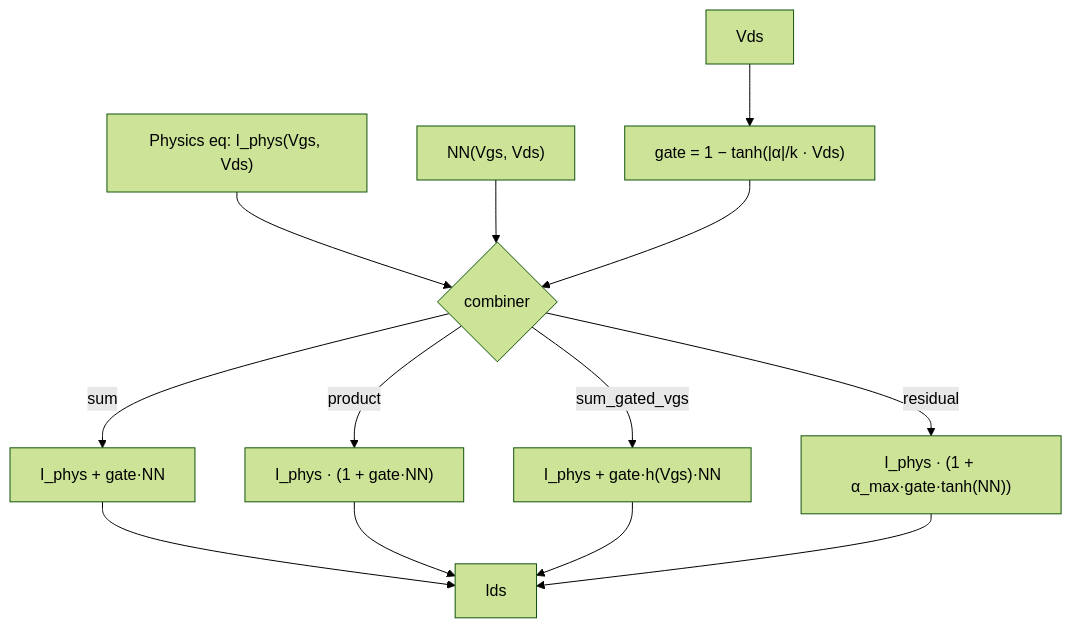
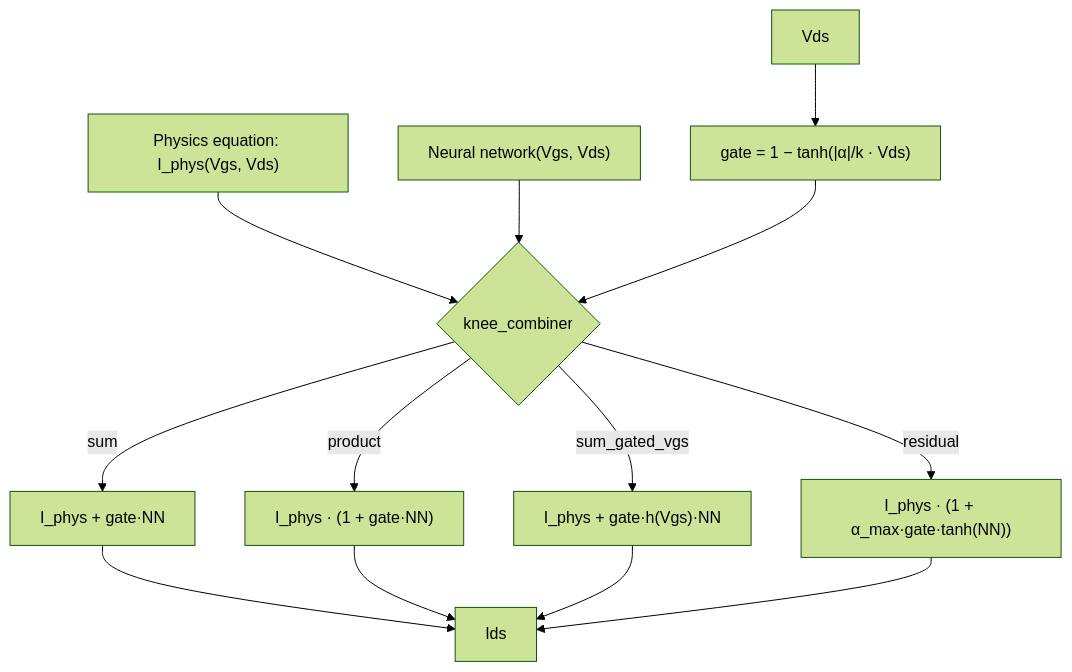
Before and after one commit to Angel-AD/transistor_modeling: the fourth of 5 diagrams in docs/MODEL_ARCHITECTURES.md, drawn with Mermaid (forest theme). The commit also changed other lines of this file and 3 other files, not shown here.

````diff
--- a/docs/MODEL_ARCHITECTURES.md
+++ b/docs/MODEL_ARCHITECTURES.md
@@ -152,12 +214,12 @@
 ```mermaid
 flowchart TD
-    PHYS["Physics eq: I_phys(Vgs, Vds)"] --> COMBINE
+    PHYS["Physics equation: I_phys(Vgs, Vds)"] --> COMBINE
     Vds --> GATEFN["gate = 1 − tanh(|α|/k · Vds)"]
-    NN["NN(Vgs, Vds)"] --> COMBINE
-    GATEFN --> COMBINE{"combiner"}
+    NN["Neural network(Vgs, Vds)"] --> COMBINE
+    GATEFN --> COMBINE{"knee_combiner"}
     COMBINE -->|sum| C1["I_phys + gate·NN"]
     COMBINE -->|product| C2["I_phys · (1 + gate·NN)"]
     COMBINE -->|sum_gated_vgs| C3["I_phys + gate·h(Vgs)·NN"]
     COMBINE -->|residual| C4["I_phys · (1 + α_max·gate·tanh(NN))"]
     C1 & C2 & C3 & C4 --> OUT["Ids"]
 ```
````
